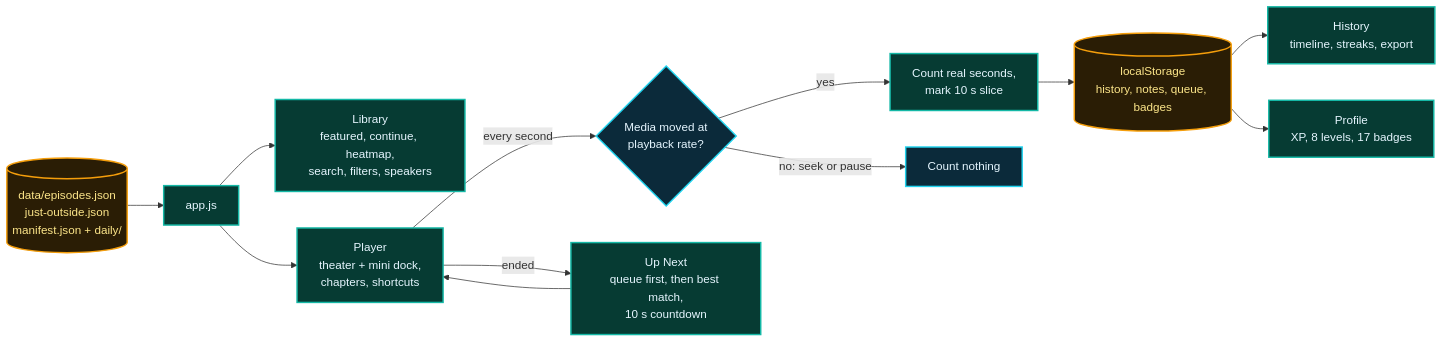
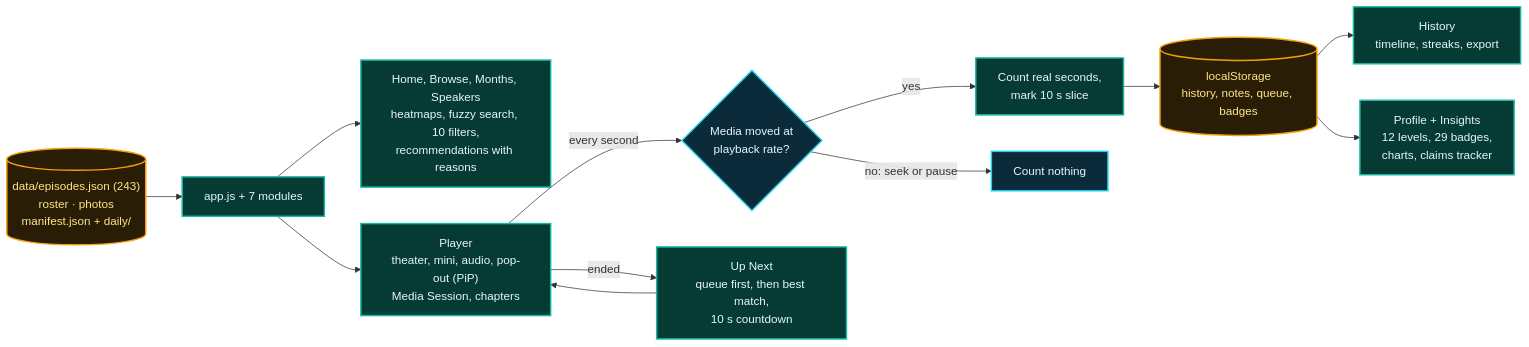
Before and after one commit to lo3elyon/ASI: the eighth of 12 diagrams in README.md, drawn with Mermaid. The commit also changed other lines of this file, not shown here.

Commit message:
ai-safety-full-episodes v2: README.md

````diff
--- a/README.md
+++ b/README.md
@@ -555,20 +556,20 @@
 ```mermaid
 flowchart LR
-    D[("data/episodes.json<br/>just-outside.json<br/>manifest.json + daily/")] --> APP["app.js"]
-    APP --> LIB["Library<br/>featured, continue, heatmap,<br/>search, filters, speakers"]
-    APP --> PLY["Player<br/>theater + mini dock,<br/>chapters, shortcuts"]
+    D[("data/episodes.json (243)<br/>roster · photos<br/>manifest.json + daily/")] --> APP["app.js + 7 modules"]
+    APP --> LIB["Home, Browse, Months, Speakers<br/>heatmaps, fuzzy search, 10 filters,<br/>recommendations with reasons"]
+    APP --> PLY["Player<br/>theater, mini, audio, pop-out (PiP)<br/>Media Session, chapters"]
     PLY -->|"every second"| CLK{"Media moved at<br/>playback rate?"}
     CLK -->|"yes"| W["Count real seconds,<br/>mark 10 s slice"]
     CLK -->|"no: seek or pause"| X["Count nothing"]
     W --> LS[("localStorage<br/>history, notes, queue, badges")]
     LS --> HIS["History<br/>timeline, streaks, export"]
-    LS --> PRO["Profile<br/>XP, 8 levels, 17 badges"]
+    LS --> PRO["Profile + Insights<br/>12 levels, 29 badges,<br/>charts, claims tracker"]
     PLY -->|"ended"| UP["Up Next<br/>queue first, then best match,<br/>10 s countdown"]
     UP --> PLY
     classDef d fill:#2a1d05,stroke:#f59e0b,stroke-width:2px,color:#fde68a
     classDef a fill:#063b33,stroke:#14b8a6,stroke-width:2px,color:#e6f6ff
     classDef q fill:#0b2a3a,stroke:#22d3ee,stroke-width:2px,color:#e6f6ff
     class D,LS d
     class APP,LIB,PLY,W,HIS,PRO,UP a
     class CLK,X q
 ```
````
